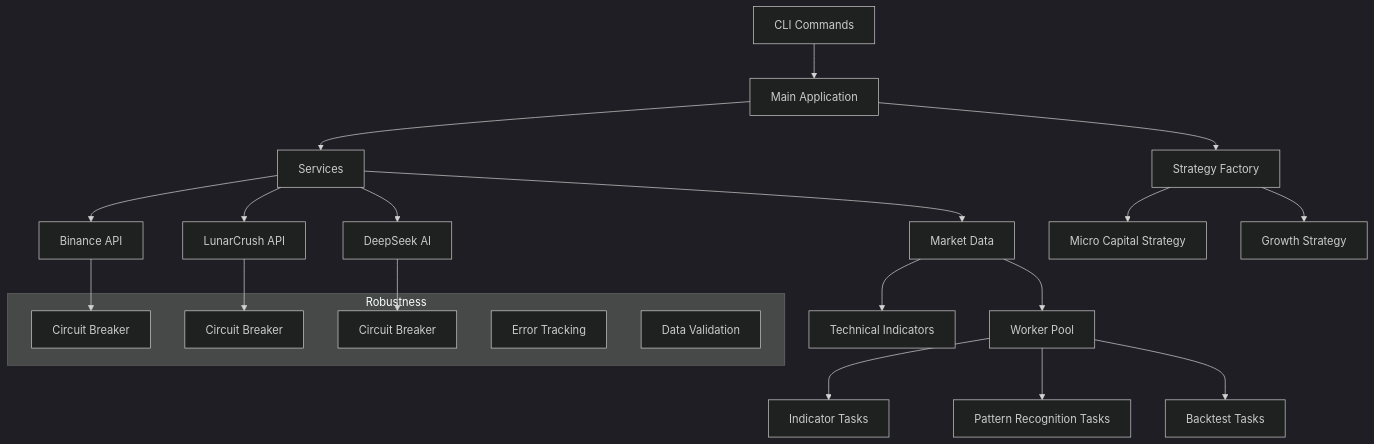
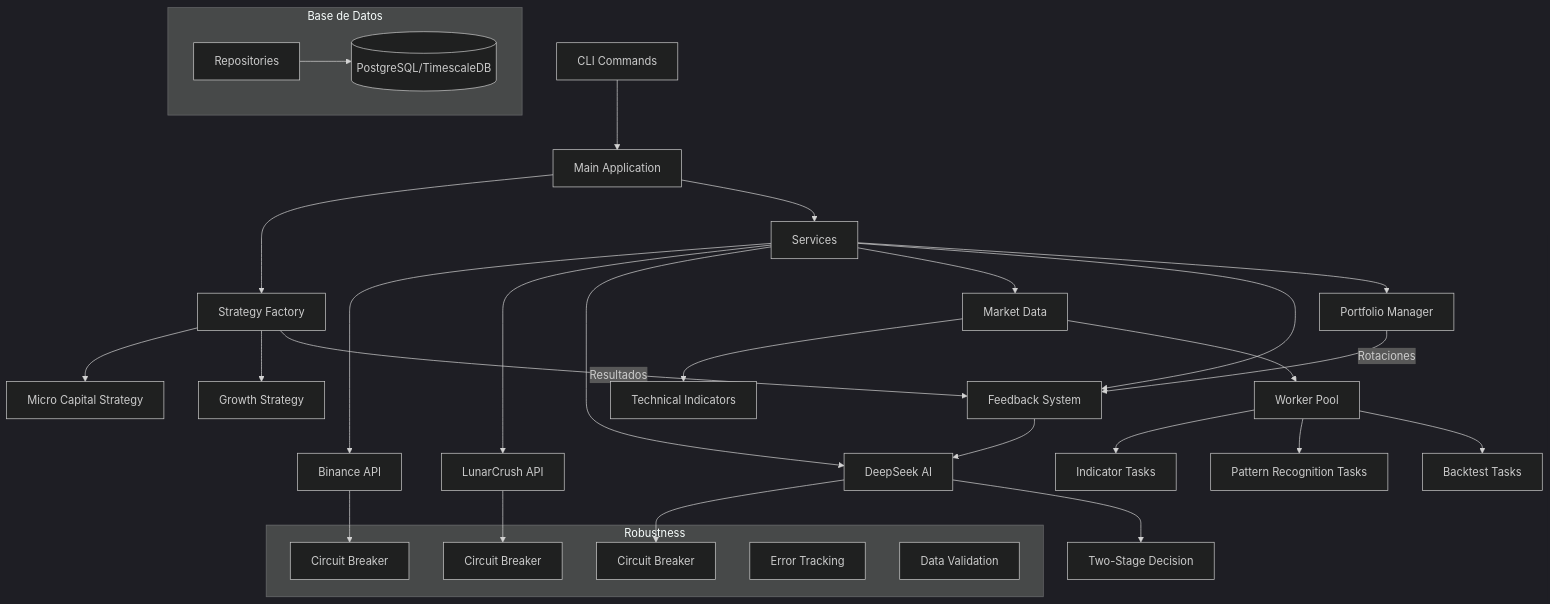
One commit to ErnestoCobos/MidasV5 changed the first of 2 diagrams in docs/architecture.md. Above: the diagram before and after it, drawn with Mermaid (dark theme). The commit also changed other lines of this file and 10 other files, not shown here.

````diff
--- a/docs/architecture.md
+++ b/docs/architecture.md
@@ -21,33 +28,46 @@
 ```mermaid
 graph TD
     CLI[CLI Commands] --> Main[Main Application]
     Main --> StrategyFactory[Strategy Factory]
     Main --> Services[Services]
     
     Services --> BinanceService[Binance API]
     Services --> LunarCrushService[LunarCrush API]
     Services --> DeepSeekService[DeepSeek AI]
     Services --> MarketDataService[Market Data]
+    Services --> FeedbackStore[Feedback System]
+    Services --> PortfolioManager[Portfolio Manager]
     
     BinanceService --> CircuitBreaker1[Circuit Breaker]
     LunarCrushService --> CircuitBreaker2[Circuit Breaker]
     DeepSeekService --> CircuitBreaker3[Circuit Breaker]
+    
+    DeepSeekService --> MultiStageDecision[Two-Stage Decision]
+    FeedbackStore --> DeepSeekService
     
     StrategyFactory --> MicroStrategy[Micro Capital Strategy]
     StrategyFactory --> GrowthStrategy[Growth Strategy]
     
     MarketDataService --> Indicators[Technical Indicators]
     MarketDataService --> WorkerPool[Worker Pool]
     
+    PortfolioManager -->|Rotaciones| FeedbackStore
+    StrategyFactory -->|Resultados| FeedbackStore
+    
     WorkerPool --> IndicatorTasks[Indicator Tasks]
     WorkerPool --> PatternTasks[Pattern Recognition Tasks]
     WorkerPool --> BacktestTasks[Backtest Tasks]
+    
+    subgraph "Base de Datos"
+        Repository[Repositories]
+        Repository --> PostgreSQL[(PostgreSQL/TimescaleDB)]
+    end
     
     subgraph Robustness
         CircuitBreaker1
         CircuitBreaker2
         CircuitBreaker3
         ErrorTracking[Error Tracking]
         Validation[Data Validation]
     end
 ```
````
